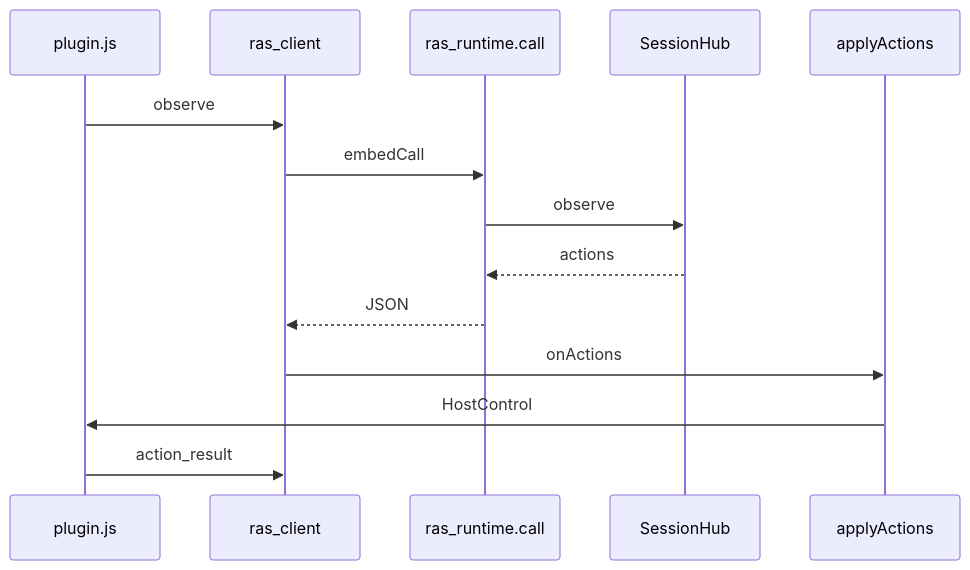
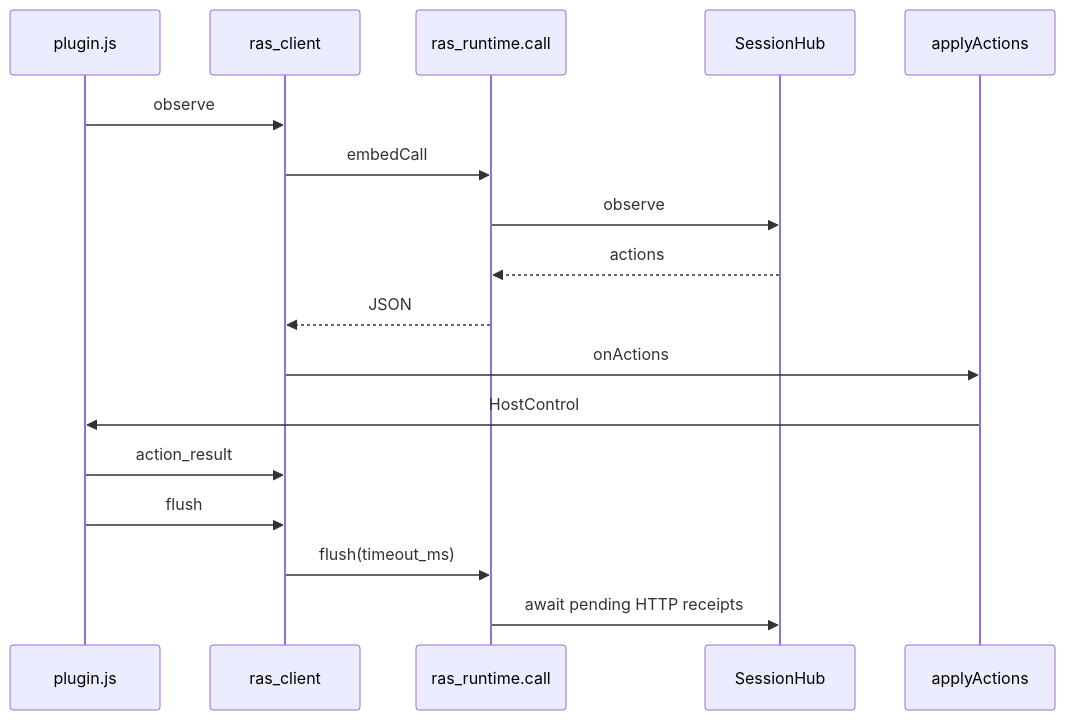
Before and after one commit to openeuler-mirror/agent-insight: the third of 3 diagrams in docs/agent-ras/designs/modules/ras-runtime.md, drawn with Mermaid. The commit also changed other lines of this file and 27 other files, not shown here.

````diff
--- a/docs/agent-ras/designs/modules/ras-runtime.md
+++ b/docs/agent-ras/designs/modules/ras-runtime.md
@@ -124,16 +126,19 @@
 ```mermaid
 sequenceDiagram
   participant P as plugin.js
   participant RC as ras_client
   participant Call as ras_runtime.call
   participant Hub as SessionHub
   participant AA as applyActions
   P->>RC: observe
   RC->>Call: embedCall
   Call->>Hub: observe
   Hub-->>Call: actions
   Call-->>RC: JSON
   RC->>AA: onActions
   AA->>P: HostControl
   P->>RC: action_result
+  P->>RC: flush
+  RC->>Call: flush(timeout_ms)
+  Call->>Hub: await pending HTTP receipts
 ```
````
